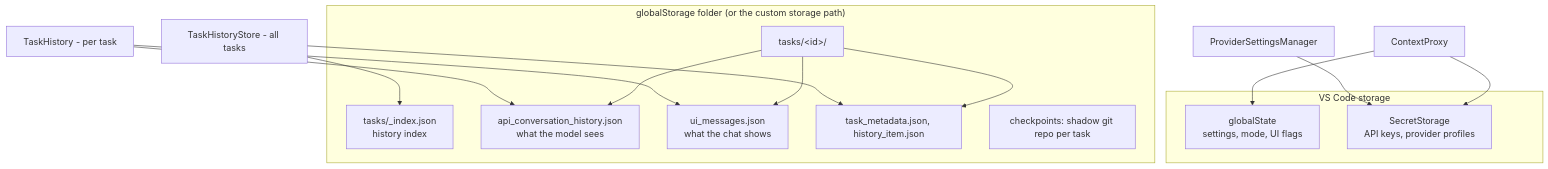
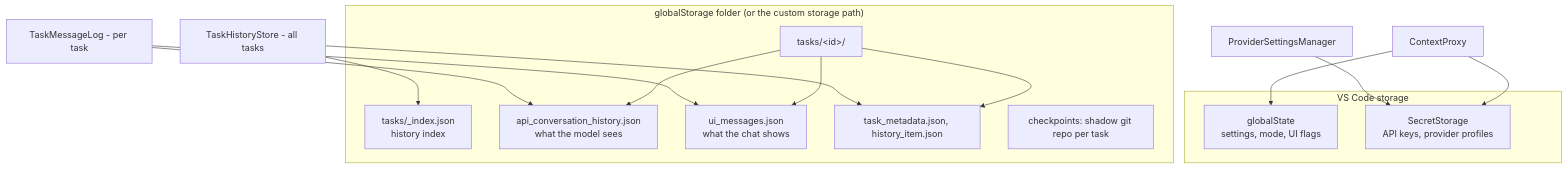
Before and after one commit to krzychdre/Tumble-Code: the first of 2 diagrams in docs/06-persistence.md, drawn with Mermaid. The commit also changed other lines of this file and 27 other files, not shown here.

First line of the commit message:
D10: rename TaskHistory to TaskMessageLog, move searchTaskHistory to tools/helpers (#556)

````diff
--- a/docs/06-persistence.md
+++ b/docs/06-persistence.md
@@ -5,22 +5,22 @@
 ```mermaid
 graph TD
   subgraph vscodeStore["VS Code storage"]
     GS[globalState<br/>settings, mode, UI flags]
     SEC[SecretStorage<br/>API keys, provider profiles]
   end
   subgraph disk["globalStorage folder (or the custom storage path)"]
     IDX[tasks/_index.json<br/>history index]
     TD["tasks/&lt;id&gt;/"]
     TD --> API[api_conversation_history.json<br/>what the model sees]
     TD --> UI[ui_messages.json<br/>what the chat shows]
     TD --> META[task_metadata.json, history_item.json]
     CKP[checkpoints: shadow git repo per task]
   end
   CP[ContextProxy] --> GS
   CP --> SEC
   PSM[ProviderSettingsManager] --> SEC
-  TH[TaskHistory - per task] --> API
+  TH[TaskMessageLog - per task] --> API
   TH --> UI
   THS[TaskHistoryStore - all tasks] --> IDX
   THS --> META
 ```
````
